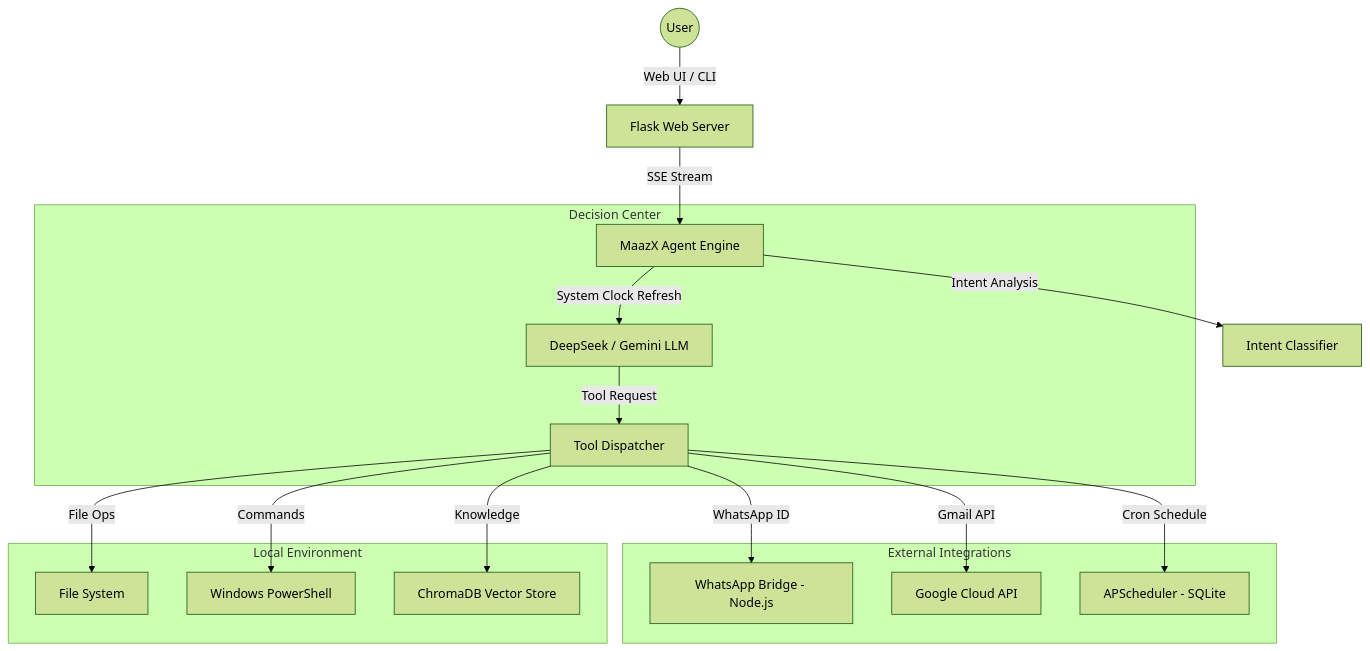
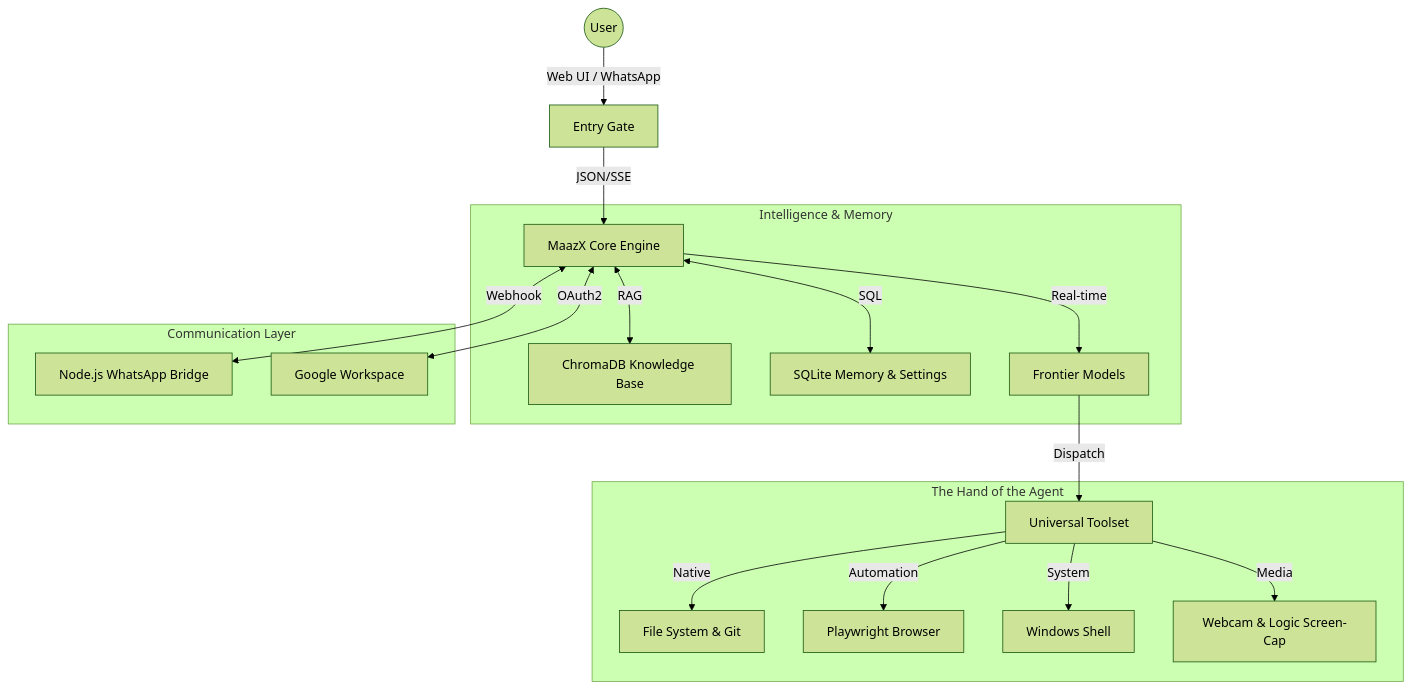
One commit to imabd645/MaazX changed the diagram in README.md. Above: the diagram before and after it, drawn with Mermaid (forest theme). The commit also changed other lines of this file, not shown here.

````diff
--- a/README.md
+++ b/README.md
@@ -13,23 +22,24 @@
 ```mermaid
 graph TD
-    User((User)) -->|Web UI / CLI| WebServer[Flask Web Server]
-    WebServer -->|SSE Stream| AgentEngine[MaazX Agent Engine]
-    AgentEngine -->|Intent Analysis| Classifier[Intent Classifier]
+    User((User)) -->|Web UI / WhatsApp| Gate[Entry Gate]
+    Gate -->|JSON/SSE| Engine[MaazX Core Engine]
     
-    subgraph "Decision Center"
-        AgentEngine -->|System Clock Refresh| LLM[DeepSeek / Gemini LLM]
-        LLM -->|Tool Request| Dispatcher[Tool Dispatcher]
+    subgraph "Intelligence & Memory"
+        Engine <-->|RAG| Vector[ChromaDB Knowledge Base]
+        Engine <-->|SQL| Persist[SQLite Memory & Settings]
+        Engine -->|Real-time| LLM[Frontier Models]
     end
-    
-    subgraph "External Integrations"
-        Dispatcher -->|WhatsApp ID| WABridge[WhatsApp Bridge - Node.js]
-        Dispatcher -->|Gmail API| GoogleAPI[Google Cloud API]
-        Dispatcher -->|Cron Schedule| Scheduler[APScheduler - SQLite]
+
+    subgraph "The Hand of the Agent"
+        LLM -->|Dispatch| Toolset[Universal Toolset]
+        Toolset -->|Native| FS[File System & Git]
+        Toolset -->|Automation| Browser[Playwright Browser]
+        Toolset -->|System| PowerShell[Windows Shell]
+        Toolset -->|Media| Vision[Webcam & Logic Screen-Cap]
     end
-    
-    subgraph "Local Environment"
-        Dispatcher -->|File Ops| FS[File System]
-        Dispatcher -->|Commands| Shell[Windows PowerShell]
-        Dispatcher -->|Knowledge| RAG[ChromaDB Vector Store]
+
+    subgraph "Communication Layer"
+        Engine <-->|Webhook| WhatsApp[Node.js WhatsApp Bridge]
+        Engine <-->|OAuth2| Gmail[Google Workspace]
     end
 ```
````
